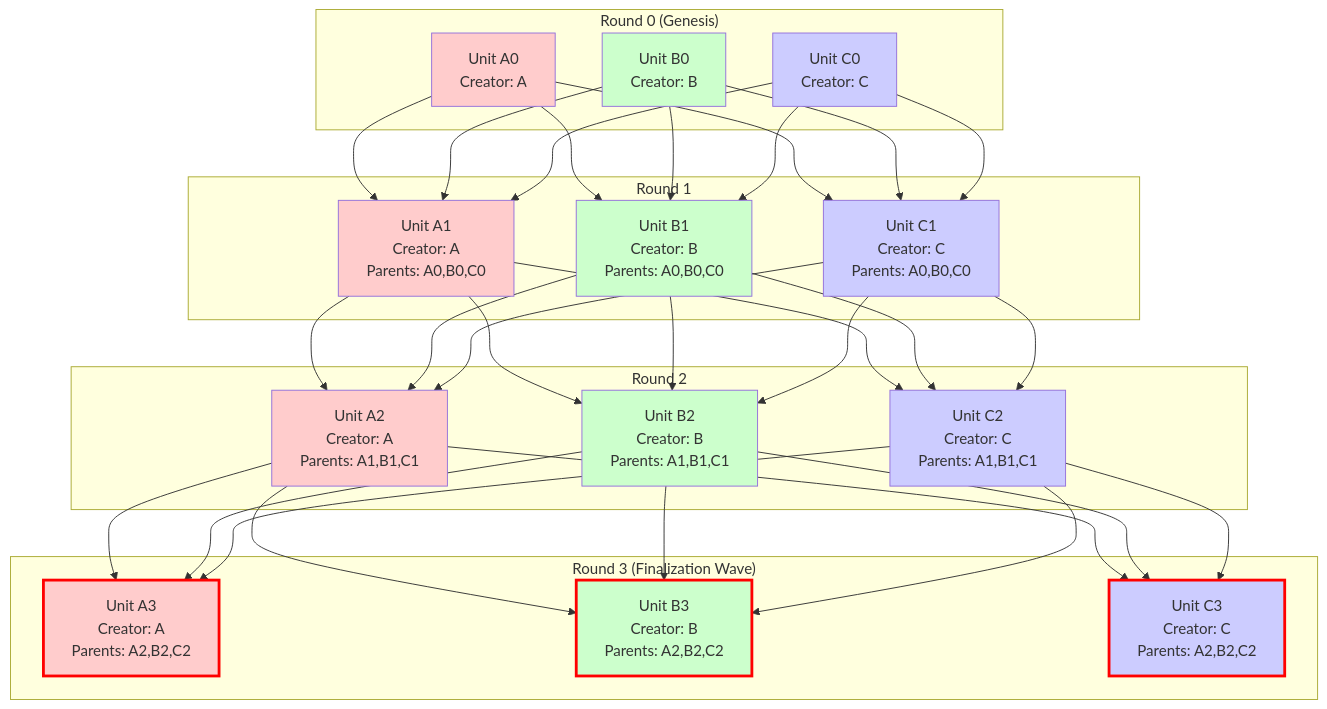
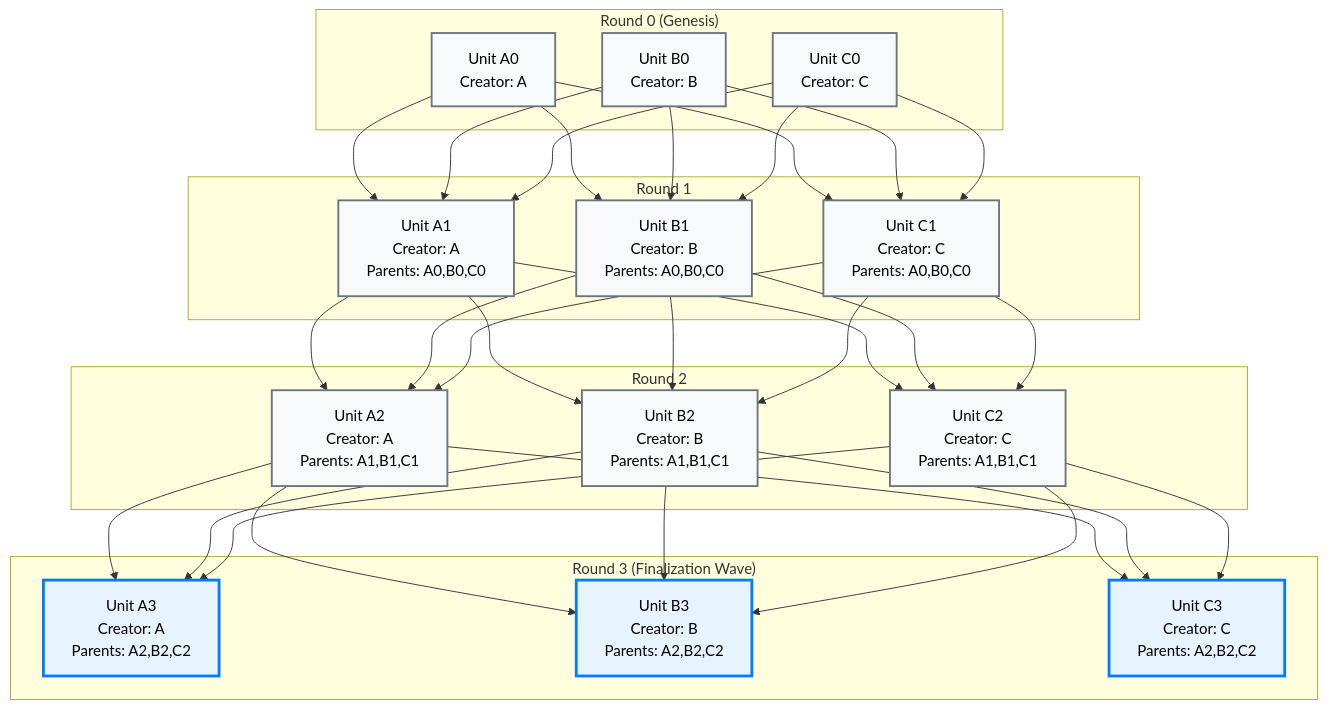
The third of 4 diagrams in Blockchain/Networks/Aleph Zero/AlephBFT/AlephBFT Consensus Protocol- Technical Analysis.md (ljg-cqu/knowledge), drawn with Mermaid before and after one commit. The commit also changed other lines of this file, not shown here.

First line of the commit message:
Updates flowchart styles for better readability

````diff
--- a/Blockchain/Networks/Aleph Zero/AlephBFT/AlephBFT Consensus Protocol- Technical Analysis.md
+++ b/Blockchain/Networks/Aleph Zero/AlephBFT/AlephBFT Consensus Protocol- Technical Analysis.md
@@ -225,75 +225,75 @@
 ```mermaid
 graph TB
     subgraph "Round 0 (Genesis)"
         A0["Unit A0<br/>Creator: A"]
         B0["Unit B0<br/>Creator: B"]
         C0["Unit C0<br/>Creator: C"]
     end
     
     subgraph "Round 1"
         A1["Unit A1<br/>Creator: A<br/>Parents: A0,B0,C0"]
         B1["Unit B1<br/>Creator: B<br/>Parents: A0,B0,C0"]
         C1["Unit C1<br/>Creator: C<br/>Parents: A0,B0,C0"]
     end
     
     subgraph "Round 2"
         A2["Unit A2<br/>Creator: A<br/>Parents: A1,B1,C1"]
         B2["Unit B2<br/>Creator: B<br/>Parents: A1,B1,C1"]
         C2["Unit C2<br/>Creator: C<br/>Parents: A1,B1,C1"]
     end
     
     subgraph "Round 3 (Finalization Wave)"
         A3["Unit A3<br/>Creator: A<br/>Parents: A2,B2,C2"]
         B3["Unit B3<br/>Creator: B<br/>Parents: A2,B2,C2"]
         C3["Unit C3<br/>Creator: C<br/>Parents: A2,B2,C2"]
     end
 
     A0 --> A1
     B0 --> A1
     C0 --> A1
     
     A0 --> B1
     B0 --> B1
     C0 --> B1
     
     A0 --> C1
     B0 --> C1
     C0 --> C1
     
     A1 --> A2
     B1 --> A2
     C1 --> A2
     
     A1 --> B2
     B1 --> B2
     C1 --> B2
     
     A1 --> C2
     B1 --> C2
     C1 --> C2
     
     A2 --> A3
     B2 --> A3
     C2 --> A3
     
     A2 --> B3
     B2 --> B3
     C2 --> B3
     
     A2 --> C3
     B2 --> C3
     C2 --> C3
 
-    style A0 fill:#ffcccc
-    style B0 fill:#ccffcc
-    style C0 fill:#ccccff
-    style A1 fill:#ffcccc
-    style B1 fill:#ccffcc
-    style C1 fill:#ccccff
-    style A2 fill:#ffcccc
-    style B2 fill:#ccffcc
-    style C2 fill:#ccccff
-    style A3 fill:#ffcccc,stroke:#ff0000,stroke-width:3px
-    style B3 fill:#ccffcc,stroke:#ff0000,stroke-width:3px
-    style C3 fill:#ccccff,stroke:#ff0000,stroke-width:3px
+    style A0 fill:#f8f9fa,stroke:#6c757d,stroke-width:2px,color:#000
+    style B0 fill:#f8f9fa,stroke:#6c757d,stroke-width:2px,color:#000
+    style C0 fill:#f8f9fa,stroke:#6c757d,stroke-width:2px,color:#000
+    style A1 fill:#f8f9fa,stroke:#6c757d,stroke-width:2px,color:#000
+    style B1 fill:#f8f9fa,stroke:#6c757d,stroke-width:2px,color:#000
+    style C1 fill:#f8f9fa,stroke:#6c757d,stroke-width:2px,color:#000
+    style A2 fill:#f8f9fa,stroke:#6c757d,stroke-width:2px,color:#000
+    style B2 fill:#f8f9fa,stroke:#6c757d,stroke-width:2px,color:#000
+    style C2 fill:#f8f9fa,stroke:#6c757d,stroke-width:2px,color:#000
+    style A3 fill:#e7f3ff,stroke:#007bff,stroke-width:3px,color:#000
+    style B3 fill:#e7f3ff,stroke:#007bff,stroke-width:3px,color:#000
+    style C3 fill:#e7f3ff,stroke:#007bff,stroke-width:3px,color:#000
 ```
````
